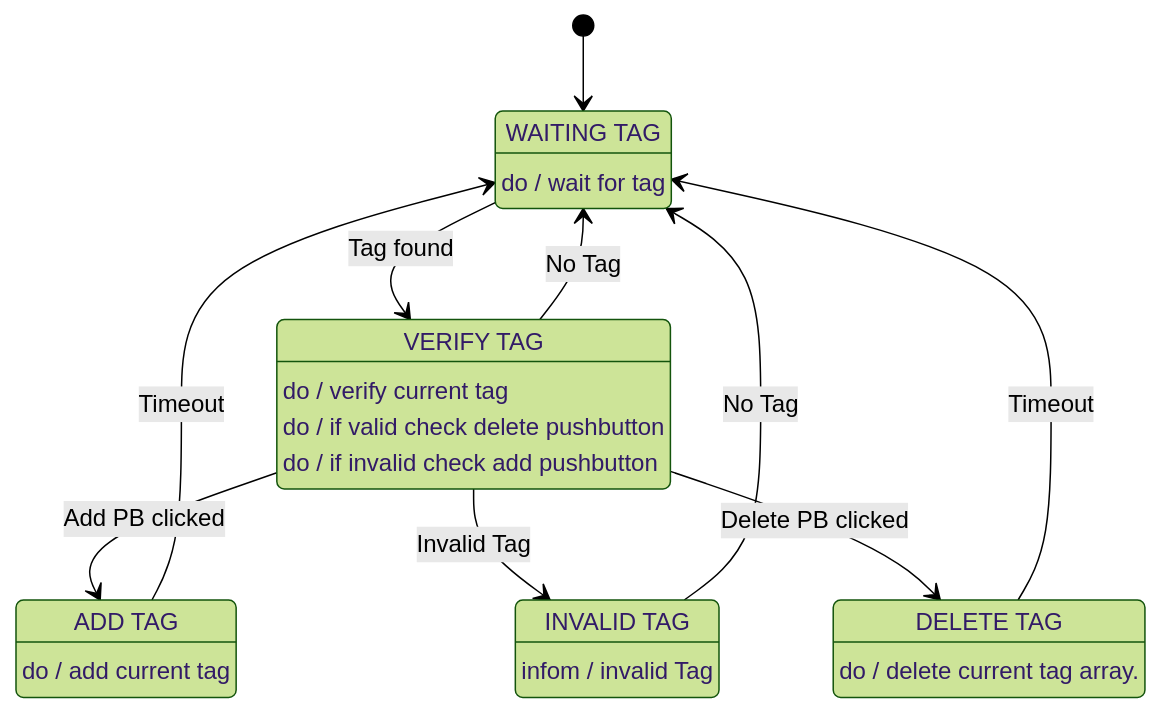
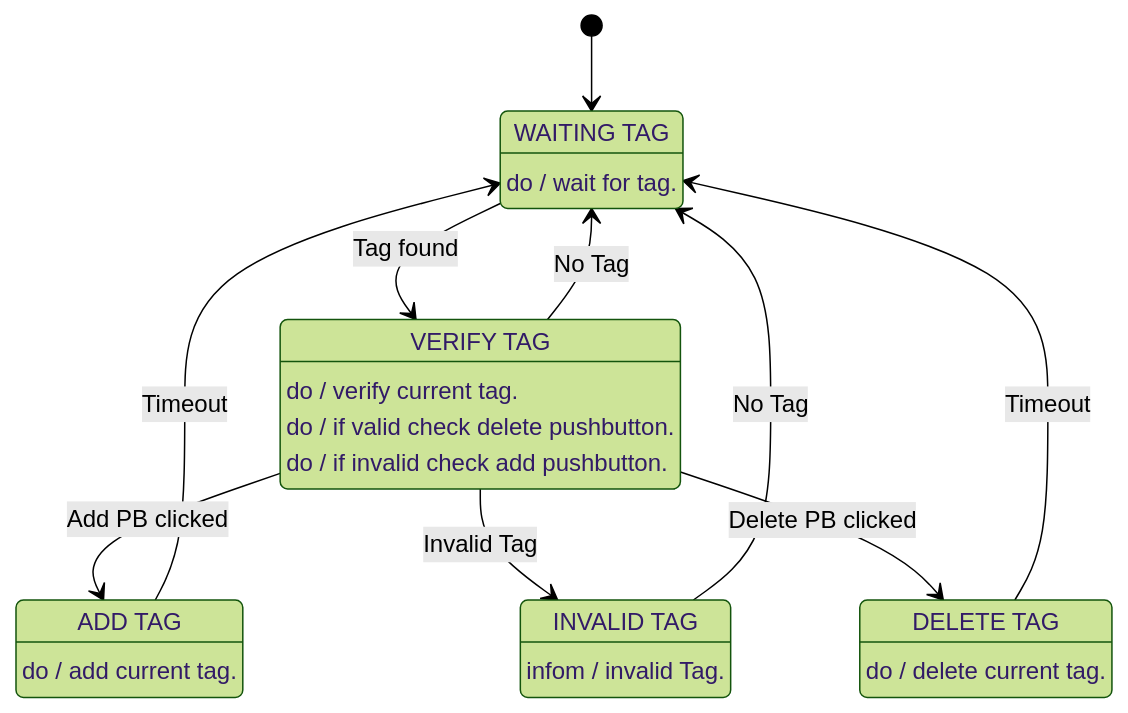
Before and after one commit to RobAxt/PdM_workspace: the diagram in Practica_TP.Final/README.md, drawn with Mermaid (forest theme). The commit also changed other lines of this file and 1 other file, not shown here.

````diff
--- a/Practica_TP.Final/README.md
+++ b/Practica_TP.Final/README.md
@@ -3,19 +26,19 @@
 ```mermaid 
 stateDiagram-v2 
 [*] --> WT
-state "WAITING TAG" as WT: do / wait for tag
-state "VERIFY TAG" as VT: do / verify current tag
-VT: do / if valid check delete pushbutton
-VT: do / if invalid check add pushbutton 
-state "INVALID TAG" as IT: infom / invalid Tag 
-state "ADD TAG" as AT: do / add current tag
-state "DELETE TAG" as DT: do / delete current tag array.
+state "WAITING TAG" as WT: do / wait for tag.
+state "VERIFY TAG" as VT: do / verify current tag.
+VT: do / if valid check delete pushbutton.
+VT: do / if invalid check add pushbutton.
+state "INVALID TAG" as IT: infom / invalid Tag.
+state "ADD TAG" as AT: do / add current tag.
+state "DELETE TAG" as DT: do / delete current tag.
 WT --> VT : Tag found
 VT --> WT : No Tag
 VT --> AT : Add PB clicked
 AT --> WT : Timeout
 IT --> WT : No Tag
 VT --> IT : Invalid Tag
 VT --> DT : Delete PB clicked
 DT --> WT : Timeout
 ```
````
